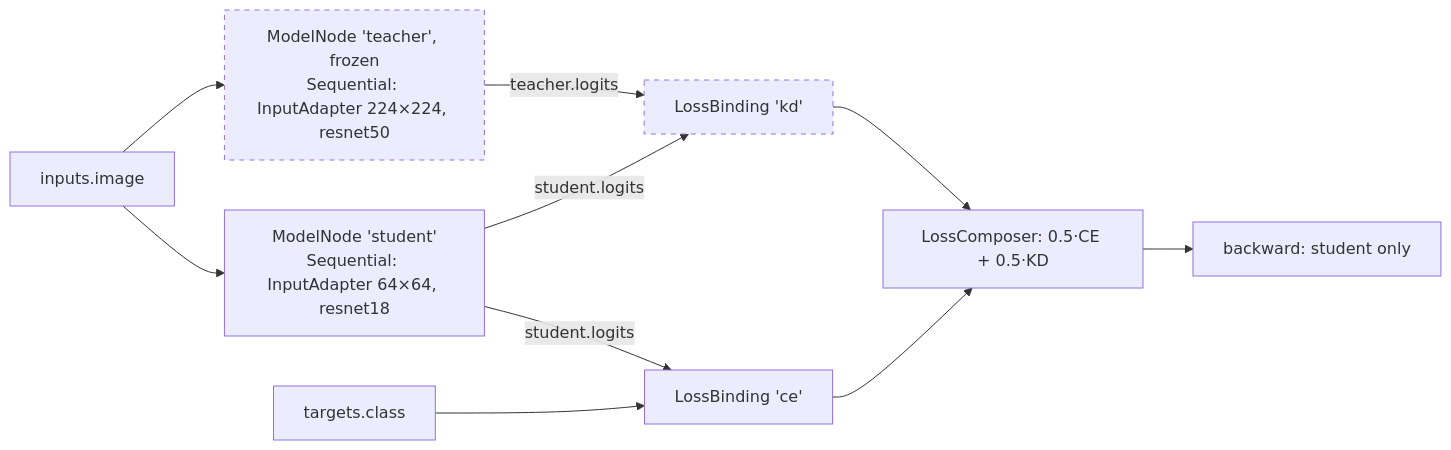
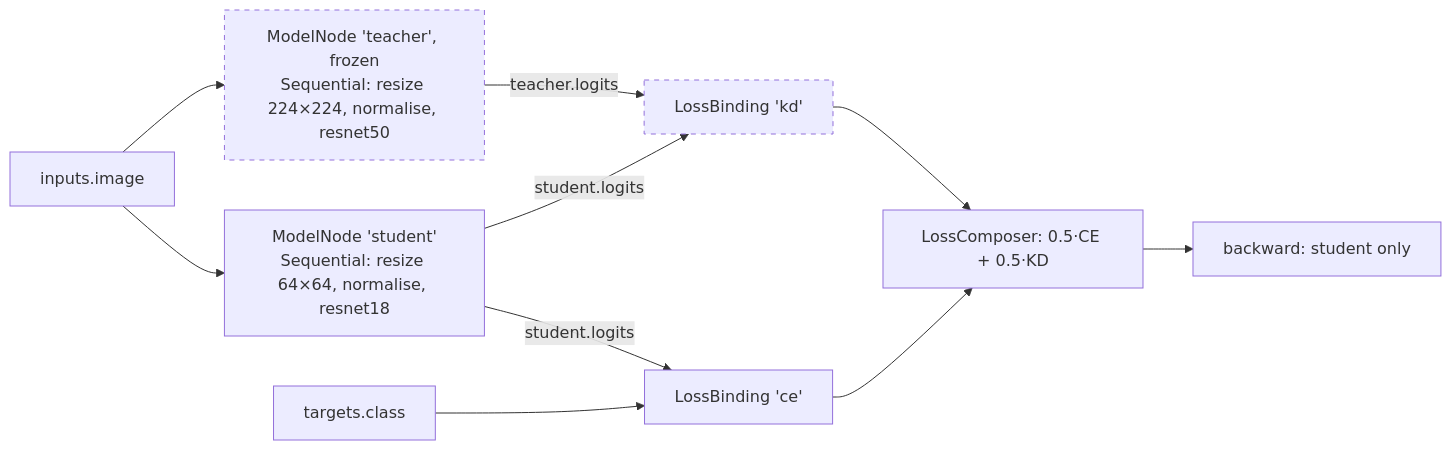
One commit to tile-and-error/imagenet-classification changed the fifth of 6 diagrams in PLAN.md. Above: the diagram before and after it, drawn with Mermaid. The commit also changed other lines of this file and 28 other files, not shown here.

````diff
--- a/PLAN.md
+++ b/PLAN.md
@@ -489,14 +477,14 @@
 ```mermaid
 flowchart LR
-    IMG["inputs.image"] --> S["ModelNode 'student'<br/>Sequential: InputAdapter 64×64, resnet18"]
-    IMG --> T["ModelNode 'teacher', frozen<br/>Sequential: InputAdapter 224×224, resnet50"]
+    IMG["inputs.image"] --> S["ModelNode 'student'<br/>Sequential: resize 64×64, normalise, resnet18"]
+    IMG --> T["ModelNode 'teacher', frozen<br/>Sequential: resize 224×224, normalise, resnet50"]
     S -- "student.logits" --> CE["LossBinding 'ce'"]
     Y["targets.class"] --> CE
     S -- "student.logits" --> KD["LossBinding 'kd'"]
     T -- "teacher.logits" --> KD
     CE --> SUM["LossComposer: 0.5·CE + 0.5·KD"]
     KD --> SUM
     SUM --> BW["backward: student only"]
     classDef new stroke-dasharray: 5 5
     class T,KD new
 ```
````
